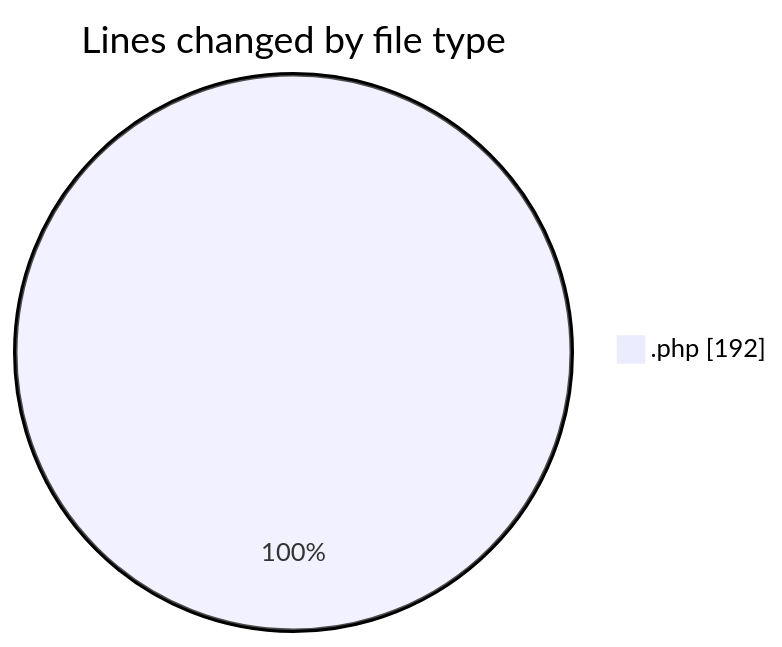
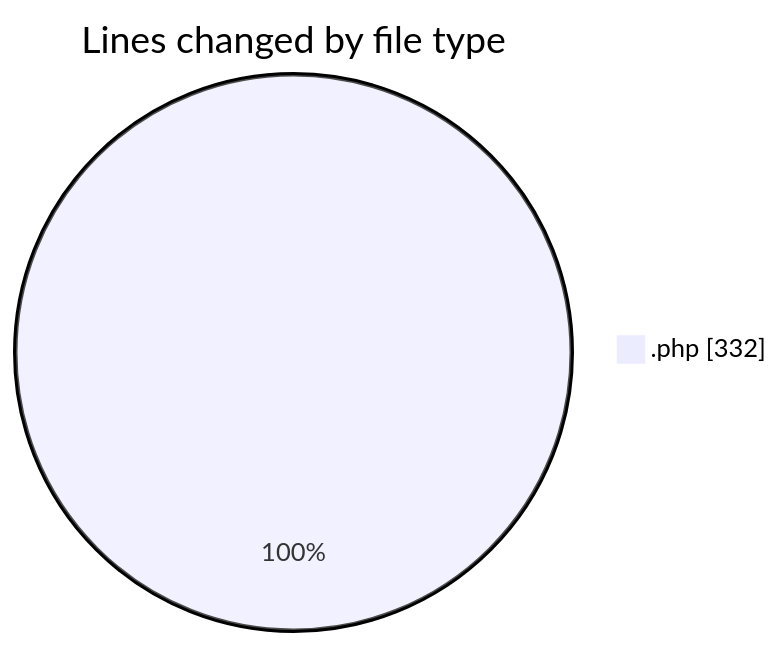
One commit to debugP/code-tracking changed the first of 2 diagrams in 2026-09-17/untitled__workspace_/README.md. Above: the diagram before and after it, drawn with Mermaid. The commit also changed other lines of this file and 1 other file, not shown here.

````diff
--- a/2026-09-17/untitled__workspace_/README.md
+++ b/2026-09-17/untitled__workspace_/README.md
@@ -22,5 +23,5 @@
 ```mermaid
 pie showData
 title Lines changed by file type
-".php" : 192
+".php" : 332
 ```
````
